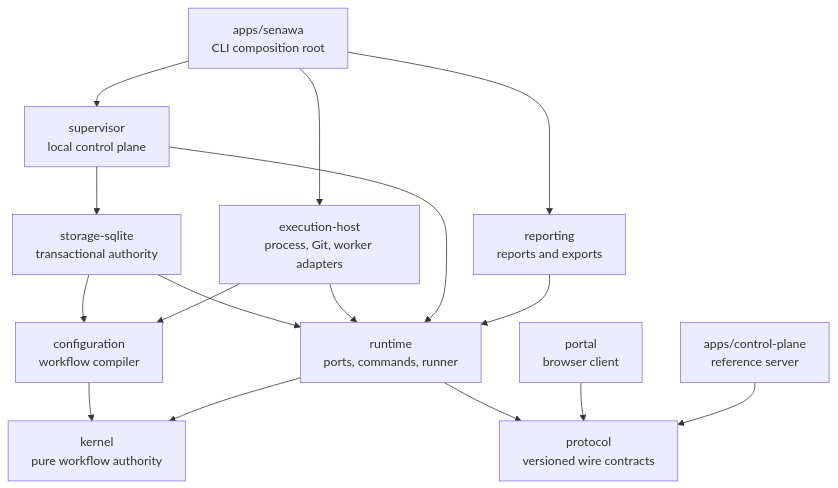
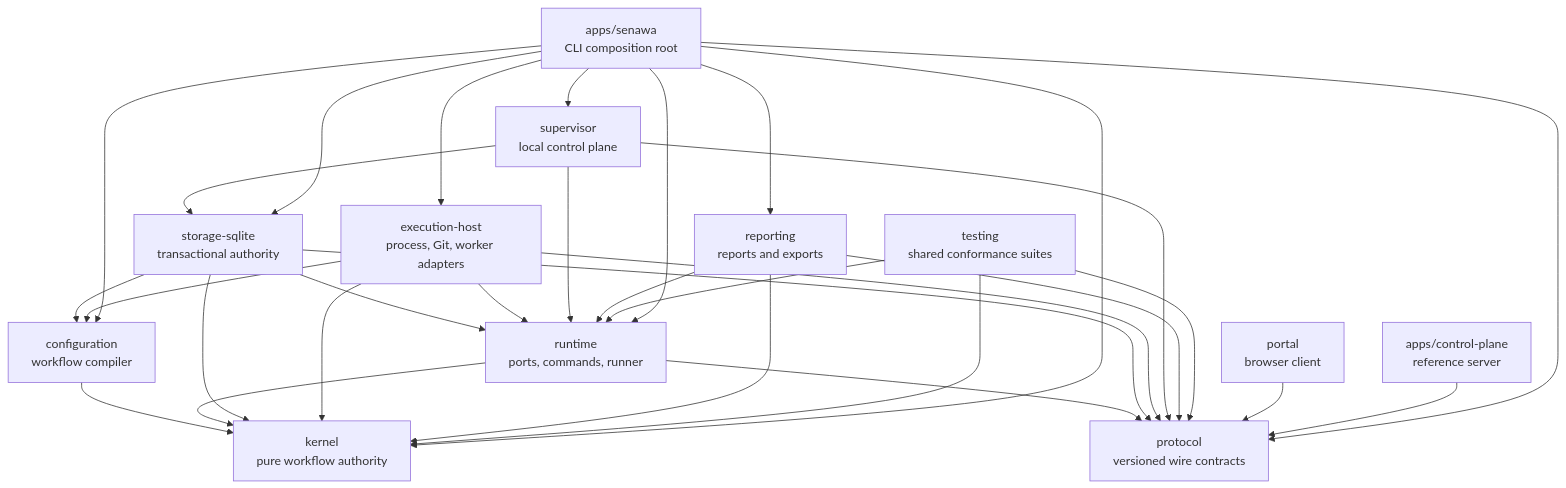
Before and after one commit to dasiths/senawa: the first of 3 diagrams in README.md, drawn with Mermaid. The commit also changed other lines of this file and 8 other files, not shown here.

````diff
--- a/README.md
+++ b/README.md
@@ -68,30 +78,54 @@
 ```mermaid
 flowchart TD
     protocol["protocol<br/>versioned wire contracts"]
     kernel["kernel<br/>pure workflow authority"]
     configuration["configuration<br/>workflow compiler"]
     runtime["runtime<br/>ports, commands, runner"]
     storage["storage-sqlite<br/>transactional authority"]
     host["execution-host<br/>process, Git, worker adapters"]
     supervisor["supervisor<br/>local control plane"]
     reporting["reporting<br/>reports and exports"]
     portal["portal<br/>browser client"]
+    testing["testing<br/>shared conformance suites"]
     cli["apps/senawa<br/>CLI composition root"]
     control["apps/control-plane<br/>reference server"]
 
     configuration --> kernel
+
     runtime --> kernel
     runtime --> protocol
+
+    storage --> configuration
+    storage --> kernel
+    storage --> protocol
     storage --> runtime
-    storage --> configuration
+
+    host --> configuration
+    host --> kernel
+    host --> protocol
     host --> runtime
-    host --> configuration
+
+    supervisor --> protocol
+    supervisor --> runtime
     supervisor --> storage
-    supervisor --> runtime
+
+    reporting --> kernel
+    reporting --> protocol
     reporting --> runtime
+
+    testing --> kernel
+    testing --> protocol
+    testing --> runtime
+
     portal --> protocol
     control --> protocol
+
+    cli --> configuration
+    cli --> host
+    cli --> kernel
+    cli --> protocol
+    cli --> reporting
+    cli --> runtime
+    cli --> storage
     cli --> supervisor
-    cli --> host
-    cli --> reporting
 ```
````
